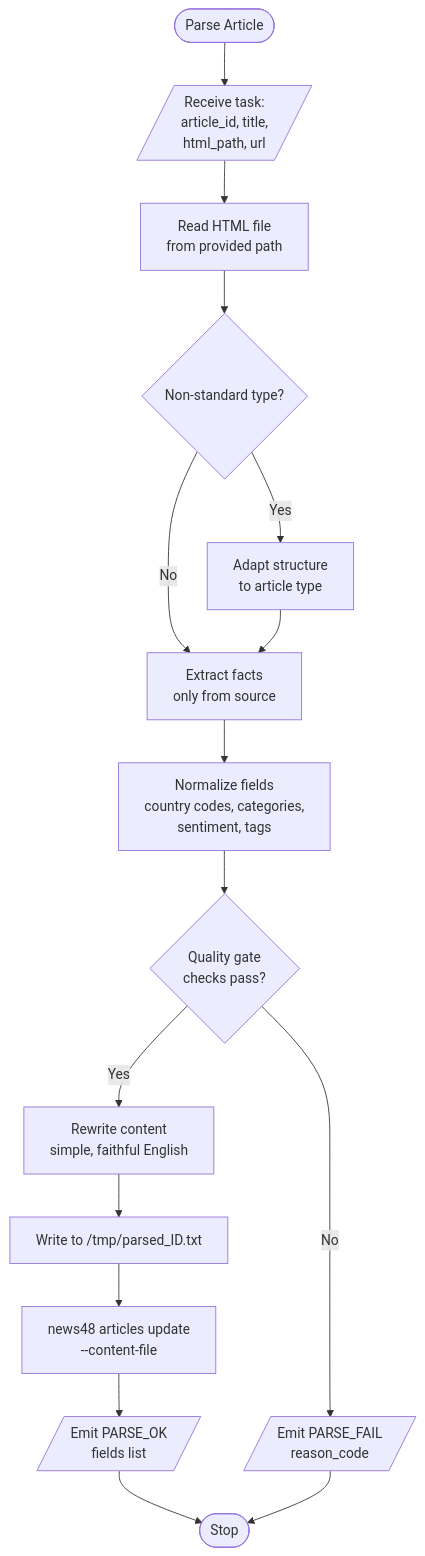
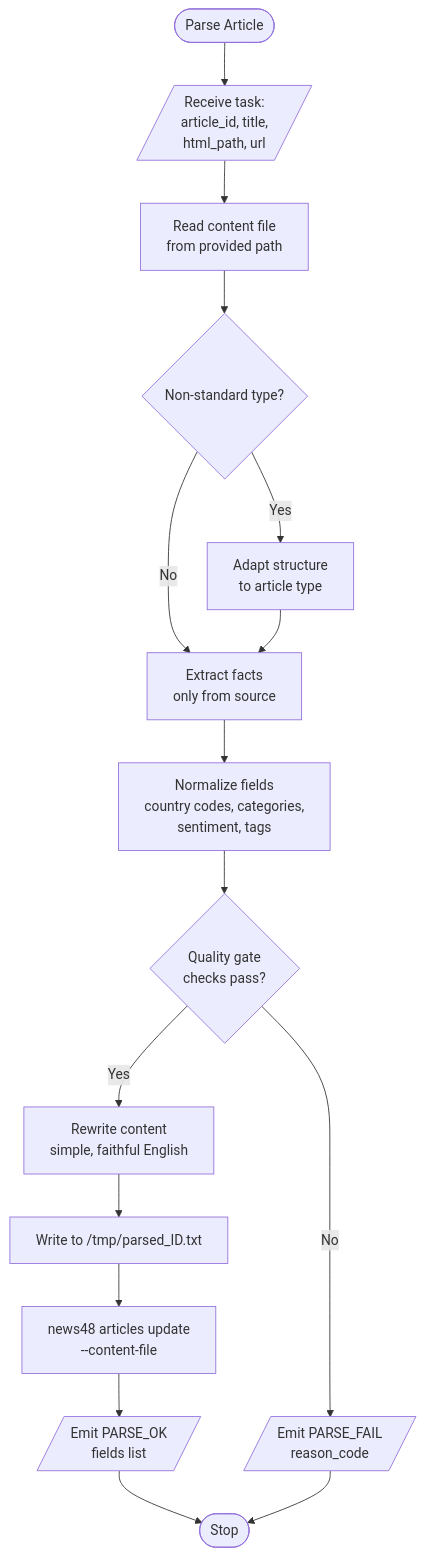
One commit to malvavisc0/news48 changed the diagram in agents/skills/parser/business-logic.md. Above: the diagram before and after it, drawn with Mermaid. The commit also changed 16 other files, not shown here.

````diff
--- a/agents/skills/parser/business-logic.md
+++ b/agents/skills/parser/business-logic.md
@@ -3,18 +3,18 @@
 ```mermaid
 flowchart TD
     Start([Parse Article]) --> Input[/Receive task:<br/>article_id, title,<br/>html_path, url/]
-    Input --> ReadHTML[Read HTML file<br/>from provided path]
-    ReadHTML --> TypeCheck{Non-standard type?}
+    Input --> ReadContent[Read content file<br/>from provided path]
+    ReadContent --> TypeCheck{Non-standard type?}
     TypeCheck -->|Yes| Adapt[Adapt structure<br/>to article type]
     TypeCheck -->|No| Extract
     Adapt --> Extract[Extract facts<br/>only from source]
     Extract --> Normalize[Normalize fields<br/>country codes, categories,<br/>sentiment, tags]
     Normalize --> QualityGate{Quality gate<br/>checks pass?}
     QualityGate -->|No| Fail[/Emit PARSE_FAIL<br/>reason_code/]
     QualityGate -->|Yes| Rewrite[Rewrite content<br/>simple, faithful English]
     Rewrite --> Stage[Write to /tmp/parsed_ID.txt]
     Stage --> Update[news48 articles update<br/>--content-file]
     Update --> Success[/Emit PARSE_OK<br/>fields list/]
     Success --> Stop([Stop])
     Fail --> Stop
 ```
````
